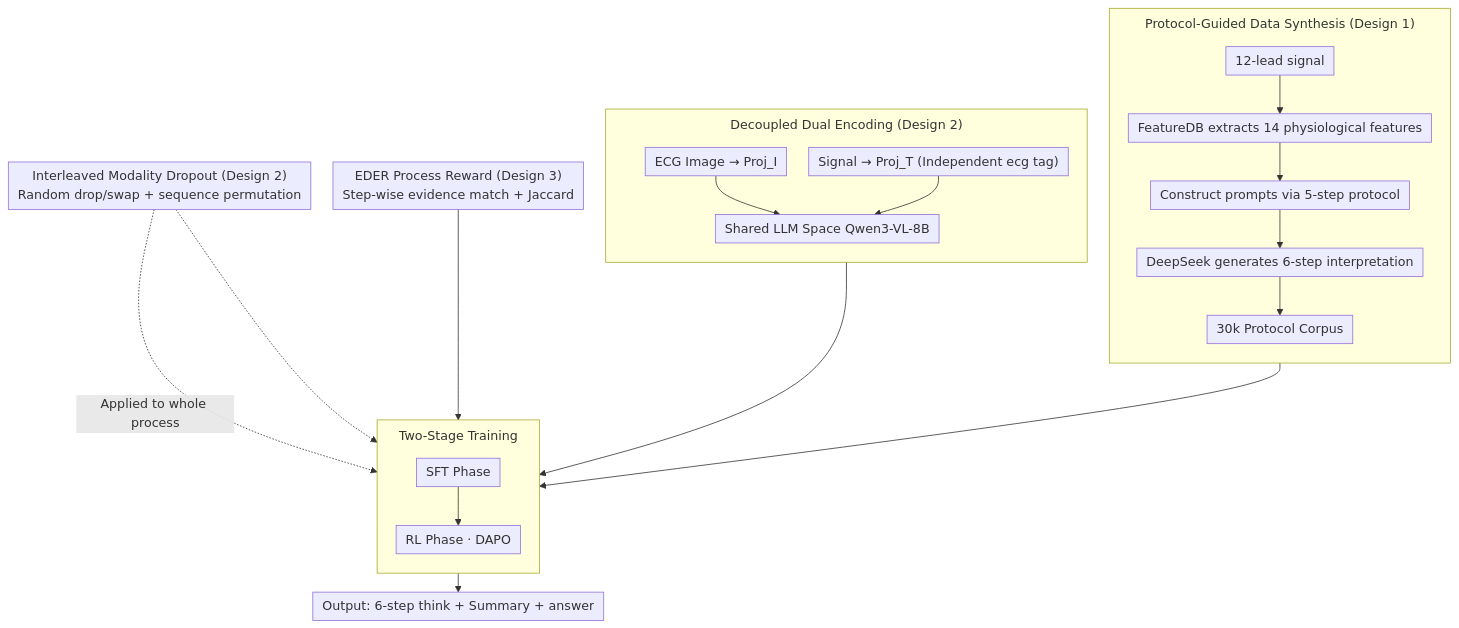
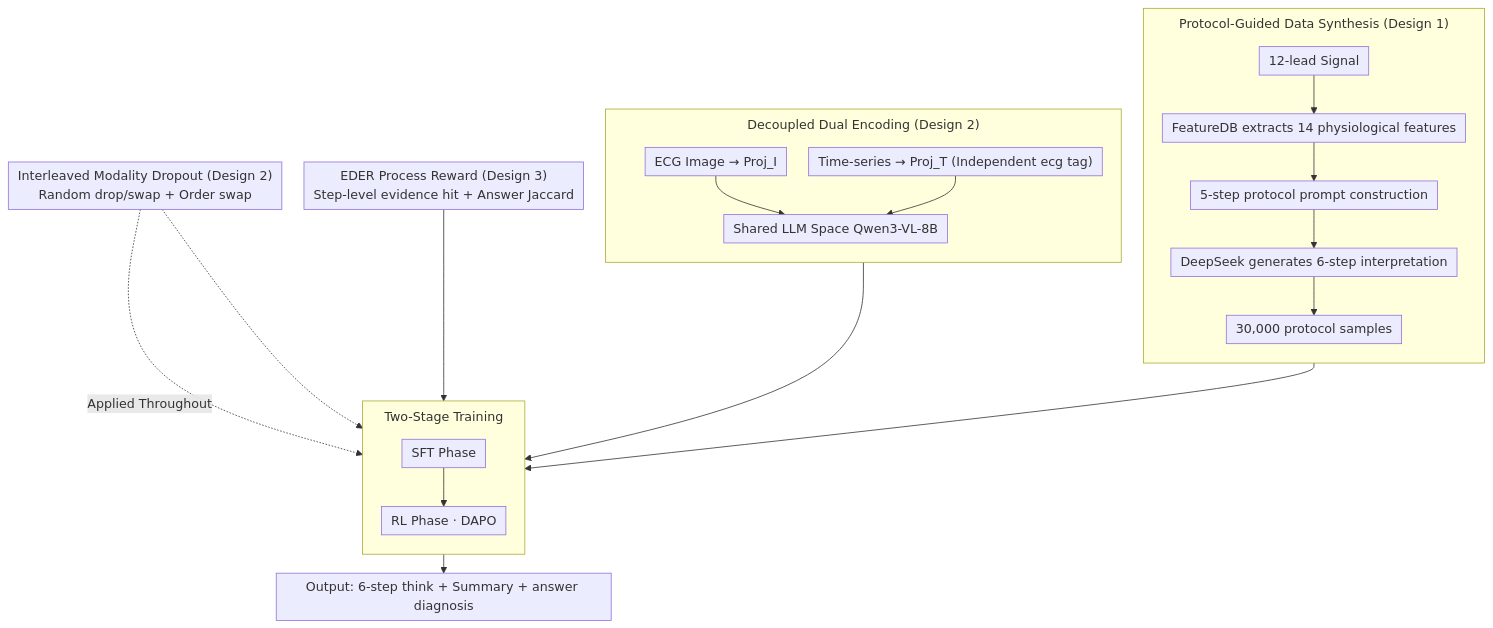
Before and after one commit to zhaoyang97/Paper-Notes-en: the diagram in docs/ICML2026/multimodal_vlm/ecg-r1_protocol-guided_and_modality-agnostic_mllm_for_reliable_ecg_interpretatio.md, drawn with Mermaid. The commit also changed other lines of this file and 5084 other files, not shown here.

````diff
--- a/docs/ICML2026/multimodal_vlm/ecg-r1_protocol-guided_and_modality-agnostic_mllm_for_reliable_ecg_interpretatio.md
+++ b/docs/ICML2026/multimodal_vlm/ecg-r1_protocol-guided_and_modality-agnostic_mllm_for_reliable_ecg_interpretatio.md
@@ -42,26 +42,26 @@
 ```mermaid
 %%{init: {'flowchart': {'rankSpacing': 24, 'nodeSpacing': 28, 'padding': 6, 'wrappingWidth': 400, 'subGraphTitleMargin': {'top': 8, 'bottom': 16}}}}%%
 flowchart TD
     subgraph DATA["Protocol-Guided Data Synthesis (Design 1)"]
         direction TB
-        T0["12-lead signal"] --> FDB["FeatureDB extracts 14 physiological features"]
-        FDB --> PG["Construct prompts via 5-step protocol"]
+        T0["12-lead Signal"] --> FDB["FeatureDB extracts 14 physiological features"]
+        FDB --> PG["5-step protocol prompt construction"]
         PG --> GEN["DeepSeek generates 6-step interpretation"]
-        GEN --> CORP["30k Protocol Corpus"]
+        GEN --> CORP["30,000 protocol samples"]
     end
     subgraph ENC["Decoupled Dual Encoding (Design 2)"]
         direction TB
         IMG["ECG Image → Proj_I"] --> SHARE["Shared LLM Space Qwen3-VL-8B"]
-        TS["Signal → Proj_T (Independent ecg tag)"] --> SHARE
+        TS["Time-series → Proj_T (Independent ecg tag)"] --> SHARE
     end
     CORP --> SFT
     SHARE --> SFT
     subgraph TRAIN["Two-Stage Training"]
         direction TB
         SFT["SFT Phase"] --> RL["RL Phase · DAPO"]
     end
-    IMD["Interleaved Modality Dropout (Design 2)<br/>Random drop/swap + sequence permutation"] -.Applied to whole process.-> SFT
+    IMD["Interleaved Modality Dropout (Design 2)<br/>Random drop/swap + Order swap"] -.Applied Throughout.-> SFT
     IMD -.-> RL
-    EDER["EDER Process Reward (Design 3)<br/>Step-wise evidence match + Jaccard"] --> RL
-    RL --> OUT["Output: 6-step think + Summary + answer"]
+    EDER["EDER Process Reward (Design 3)<br/>Step-level evidence hit + Answer Jaccard"] --> RL
+    RL --> OUT["Output: 6-step think + Summary + answer diagnosis"]
 ```
````
